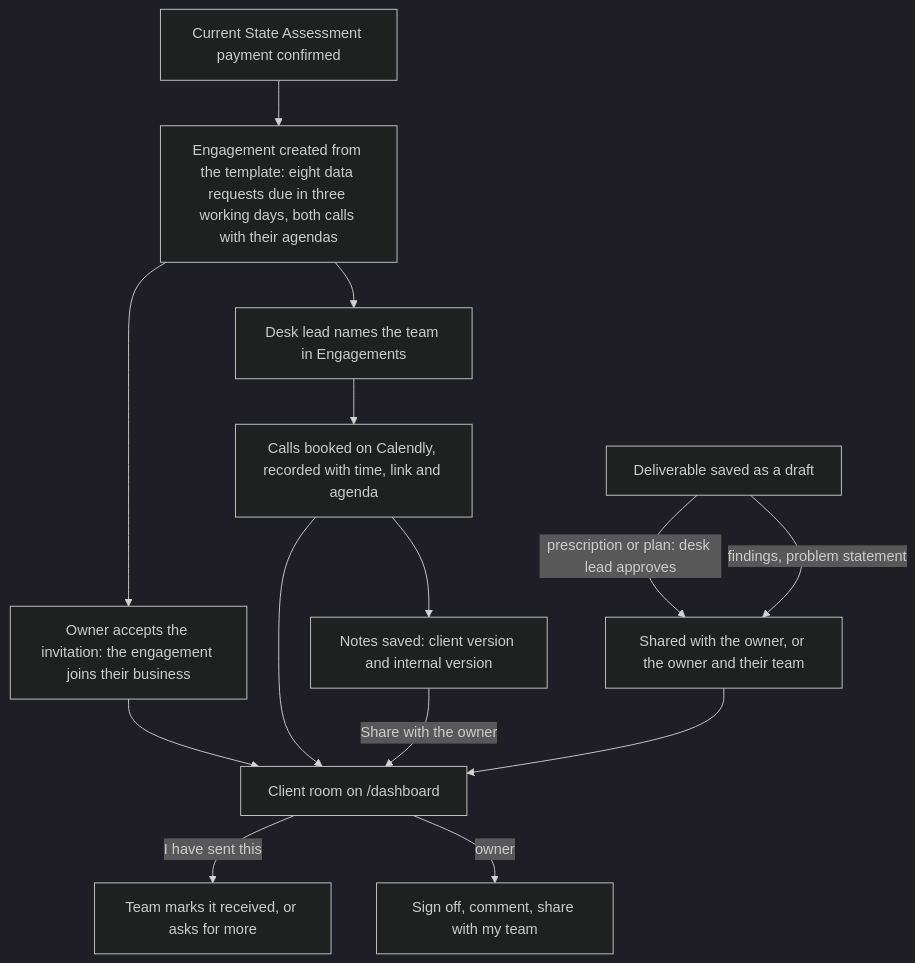
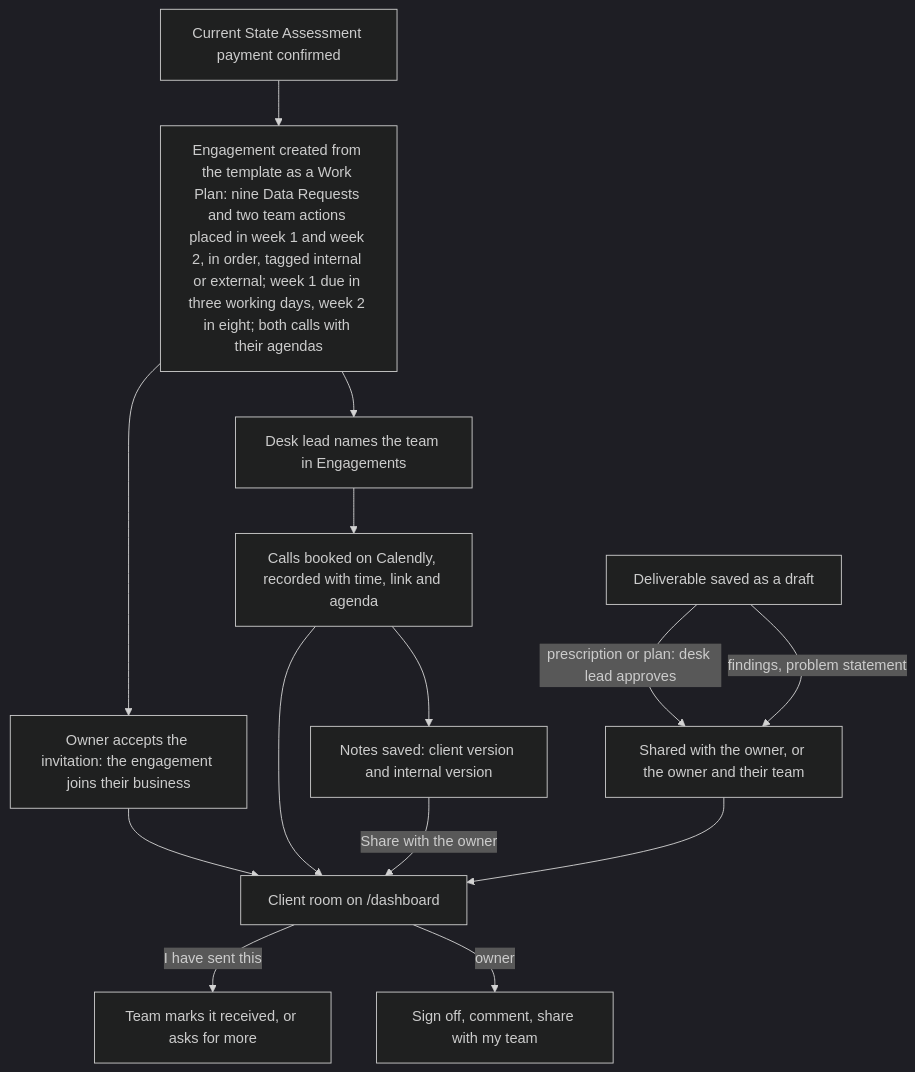
The third of 3 diagrams in docs/product/03-app-flow.md (IPfactory01/IPF-SME), drawn with Mermaid (dark theme) before and after one commit. The commit also changed other lines of this file and 28 other files, not shown here.

````diff
--- a/docs/product/03-app-flow.md
+++ b/docs/product/03-app-flow.md
@@ -187,16 +187,16 @@
 ```mermaid
 flowchart TD
-  P[Current State Assessment payment confirmed] --> E1[Engagement created from the template: eight data requests due in three working days, both calls with their agendas]
+  P[Current State Assessment payment confirmed] --> E1[Engagement created from the template as a Work Plan: nine Data Requests and two team actions placed in week 1 and week 2, in order, tagged internal or external; week 1 due in three working days, week 2 in eight; both calls with their agendas]
   E1 --> E2[Desk lead names the team in Engagements]
   E1 --> A[Owner accepts the invitation: the engagement joins their business]
   A --> R[Client room on /dashboard]
   E2 --> B[Calls booked on Calendly, recorded with time, link and agenda]
   B --> R
   R -->|I have sent this| T[Team marks it received, or asks for more]
   B --> N[Notes saved: client version and internal version]
   N -->|Share with the owner| R
   D[Deliverable saved as a draft] -->|prescription or plan: desk lead approves| S[Shared with the owner, or the owner and their team]
   D -->|findings, problem statement| S
   S --> R
   R -->|owner| SO[Sign off, comment, share with my team]
 ```
````
